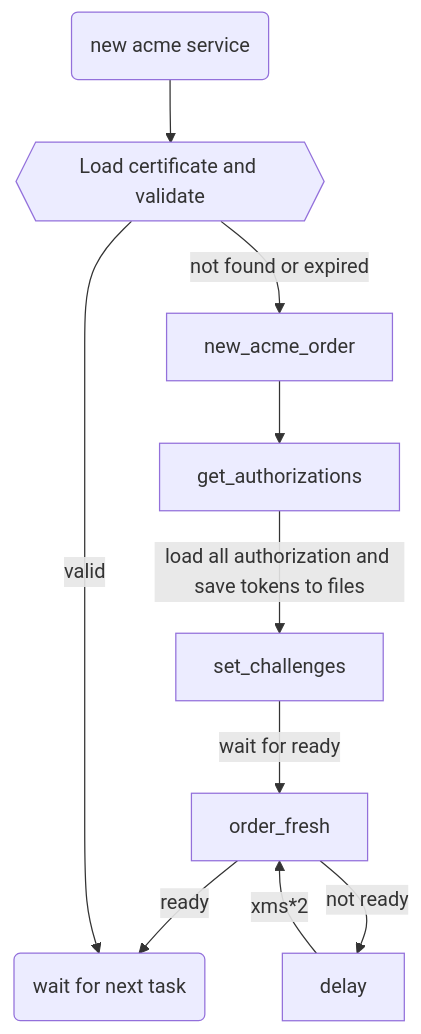
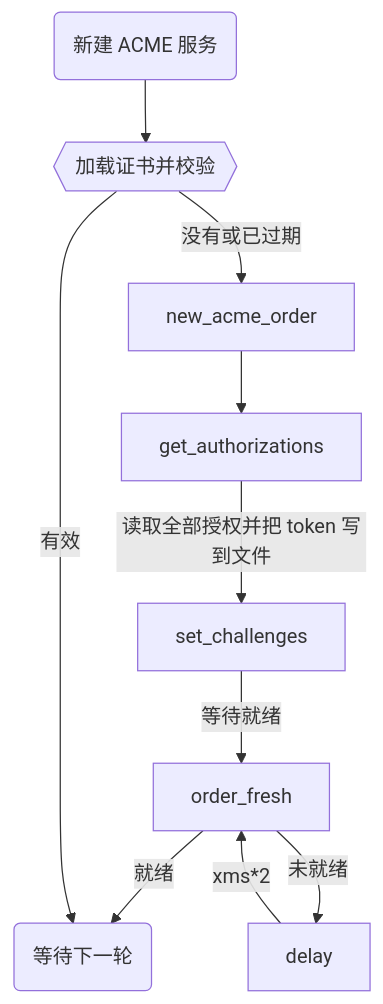
The first of 2 diagrams in docs/zh/guide/acme-flow.md (vicanso/pingap), drawn with Mermaid before and after one commit. The commit also changed other lines of this file and 20 other files, not shown here.

Commit message:
docs: correct steps, examples, and the module graph

````diff
--- a/docs/zh/guide/acme-flow.md
+++ b/docs/zh/guide/acme-flow.md
@@ -5,18 +5,18 @@
 ```mermaid
 graph TD;
-  start("new acme service") --> validate_certificate{{Load certificate and validate}};
-  validate_certificate -- not found or expired --> new_acme_order;
+  start("新建 ACME 服务") --> validate_certificate{{加载证书并校验}};
+  validate_certificate -- 没有或已过期 --> new_acme_order;
 
   new_acme_order --> get_authorizations;
 
-  get_authorizations -- load all authorization and save tokens to files --> set_challenges;
+  get_authorizations -- 读取全部授权并把 token 写到文件 --> set_challenges;
 
-  set_challenges -- wait for ready --> order_fresh;
+  set_challenges -- 等待就绪 --> order_fresh;
 
-  order_fresh -- ready --> done;
-  order_fresh -- not ready --> delay;
+  order_fresh -- 就绪 --> done;
+  order_fresh -- 未就绪 --> delay;
 
   delay -- xms*2 --> order_fresh
 
-  validate_certificate -- valid --> done("wait for next task");
+  validate_certificate -- 有效 --> done("等待下一轮");
 ```
````
